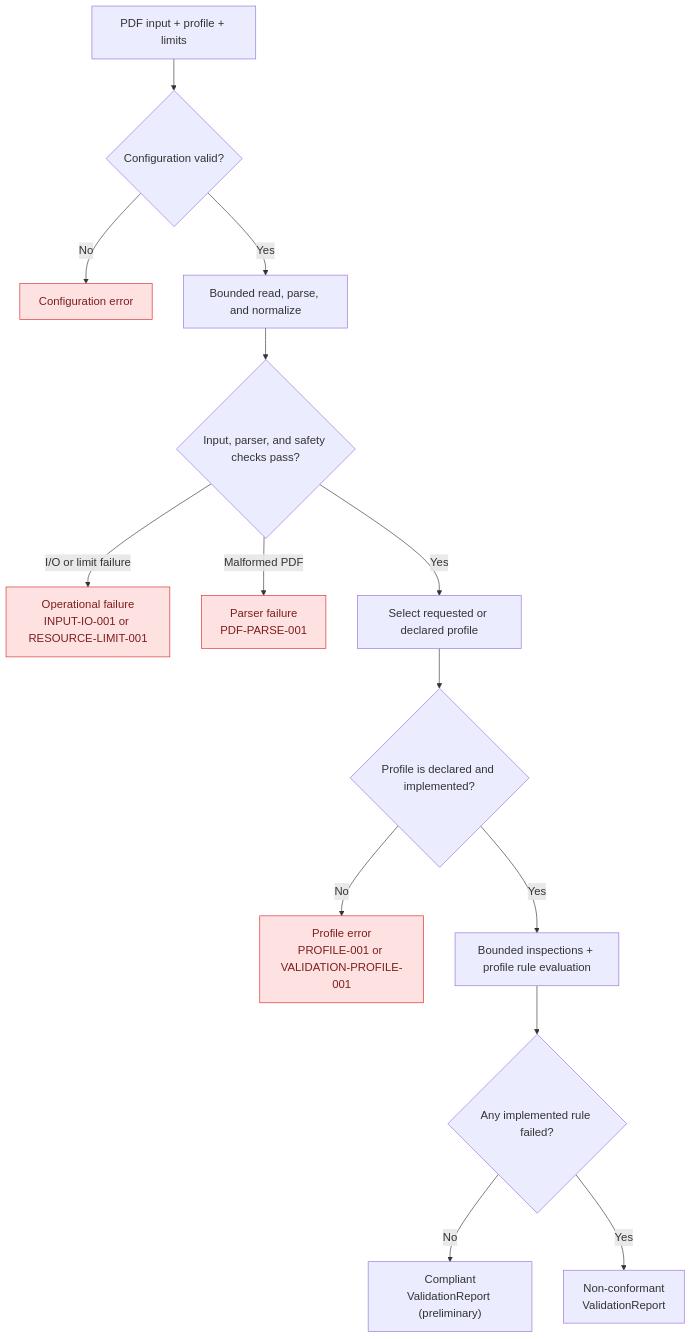
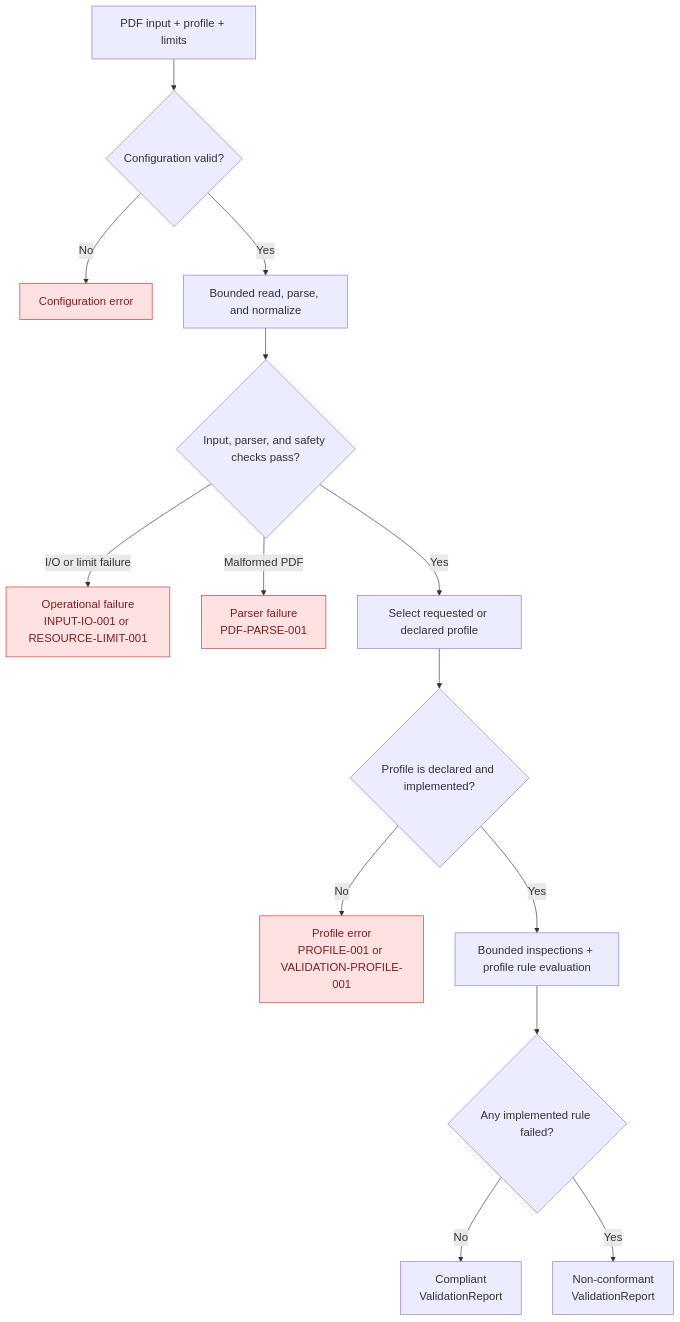
Before and after one commit to JosephBARBIERDARNAL/page: the diagram in docs/contributing/project-internals-overview.md, drawn with Mermaid. The commit also changed 2 other files, not shown here.

Commit message:
bunch of updates

````diff
--- a/docs/contributing/project-internals-overview.md
+++ b/docs/contributing/project-internals-overview.md
@@ -3,20 +3,20 @@
 ```mermaid
 %%{init: {"themeVariables": {"fontSize": "18px"}}}%%
 flowchart TD
     A["PDF input + profile + limits"] --> B{"Configuration valid?"}
     B -- "No" --> E1["Configuration error"]
     B -- "Yes" --> C["Bounded read, parse, and normalize"]
     C --> D{"Input, parser, and safety checks pass?"}
     D -- "I/O or limit failure" --> E2["Operational failure\nINPUT-IO-001 or RESOURCE-LIMIT-001"]
     D -- "Malformed PDF" --> E3["Parser failure\nPDF-PARSE-001"]
     D -- "Yes" --> F["Select requested or declared profile"]
     F --> G{"Profile is declared and implemented?"}
     G -- "No" --> E4["Profile error\nPROFILE-001 or VALIDATION-PROFILE-001"]
     G -- "Yes" --> H["Bounded inspections + profile rule evaluation"]
     H --> I{"Any implemented rule failed?"}
-    I -- "No" --> J["Compliant\nValidationReport (preliminary)"]
+    I -- "No" --> J["Compliant\nValidationReport"]
     I -- "Yes" --> K["Non-conformant\nValidationReport"]
 
     classDef error fill:#fee2e2,stroke:#dc2626,color:#7f1d1d;
     class E1,E2,E3,E4 error;
 ```
````
